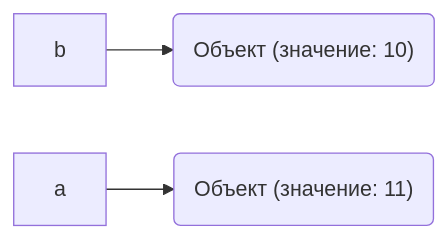
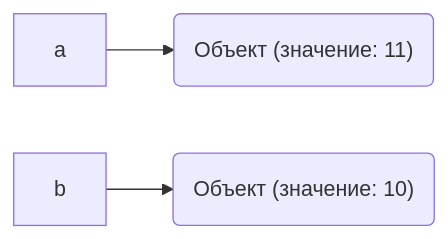
One commit to dawwwr/Osnovi-programmirovania changed the second of 4 diagrams in LAB2/REPORT.md. Above: the diagram before and after it, drawn with Mermaid. The commit also changed other lines of this file, not shown here.

````diff
--- a/LAB2/REPORT.md
+++ b/LAB2/REPORT.md
@@ -54,5 +32,5 @@
 ```mermaid
 graph LR
-A[b] --> C("Объект (значение: 10)")
-D[a] --> E("Объект (значение: 11)")
+A[a] --> C("Объект (значение: 11)")
+D[b] --> E("Объект (значение: 10)")
 ```
````
